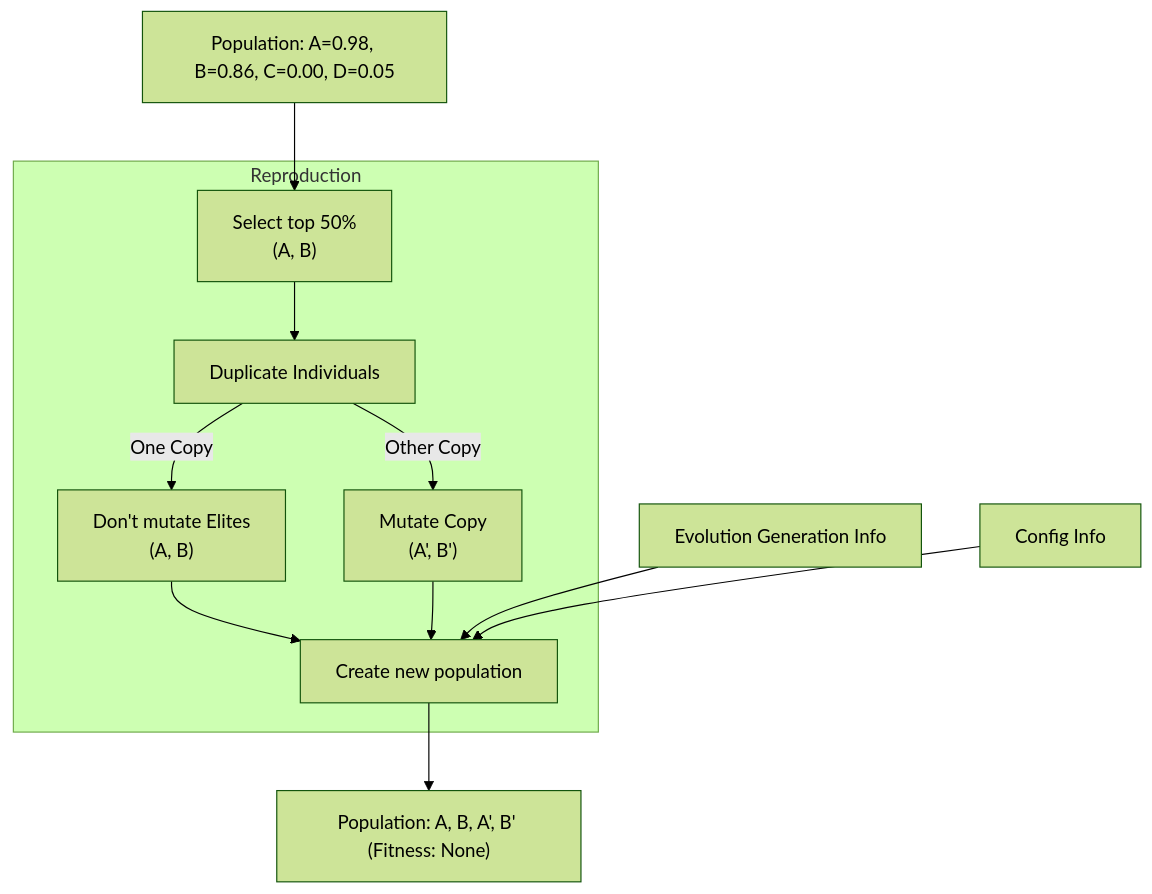
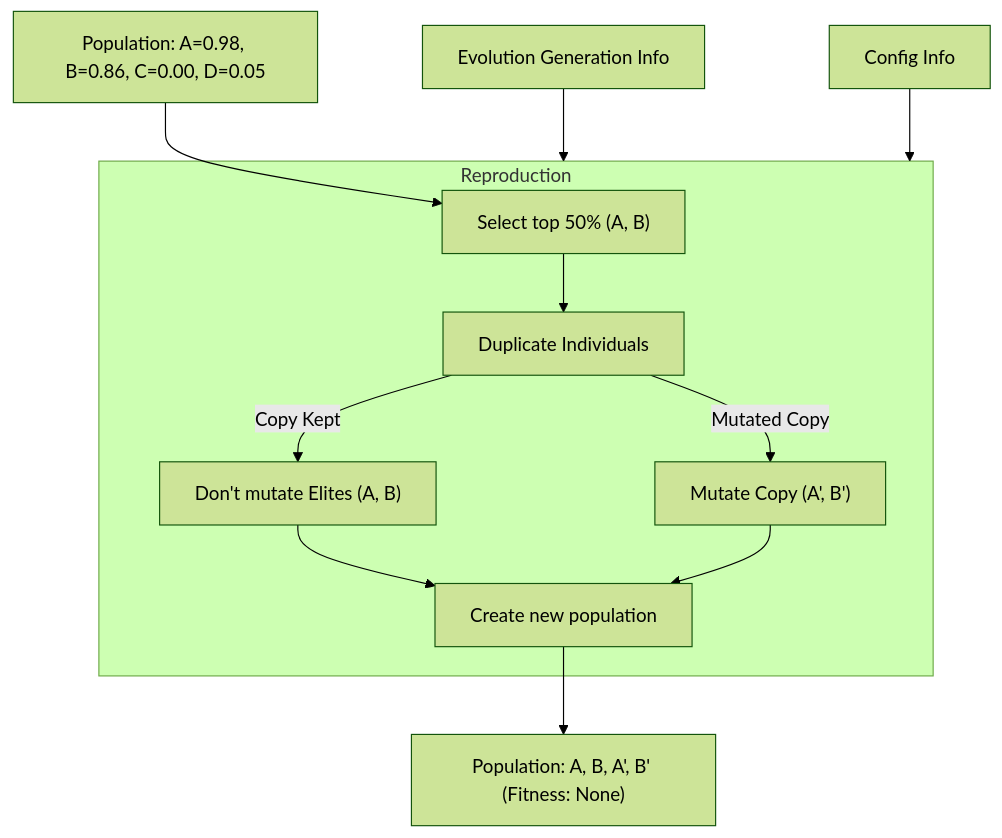
Diagram 20 of 22 in docs/sphinx/source/architecture/index.rst (evolvablehardware/BitstreamEvolution), drawn with Mermaid (forest theme) before and after one commit. The commit also changed other lines of this file and 28 other files, not shown here.

```diff
--- a/docs/sphinx/source/architecture/index.rst
+++ b/docs/sphinx/source/architecture/index.rst
@@ -482,22 +549,22 @@
 .. mermaid::
 
    flowchart TD
        pop7["Population: A=0.98, B=0.86, C=0.00, D=0.05"]
        geninfo7["Evolution Generation Info"]
        config7["Config Info"]
        subgraph Reprod["Reproduction"]
-           select["Select top 50%\n(A, B)"]
+           select["Select top 50% (A, B)"]
            dup["Duplicate Individuals"]
-           elites["Don't mutate Elites\n(A, B)"]
-           mutated["Mutate Copy\n(A', B')"]
+           elites["Don't mutate Elites (A, B)"]
+           mutated["Mutate Copy (A', B')"]
            create["Create new population"]
            select --> dup
-           dup -->|"One Copy"| elites
-           dup -->|"Other Copy"| mutated
+           dup -->|"Copy Kept"| elites
+           dup -->|"Mutated Copy"| mutated
            elites --> create
            mutated --> create
        end
        pop7 --> select
-       geninfo7 --> create
-       config7 --> create
+       geninfo7 --> Reprod
+       config7 --> Reprod
        create --> repout["Population: A, B, A', B' (Fitness: None)"]
```
